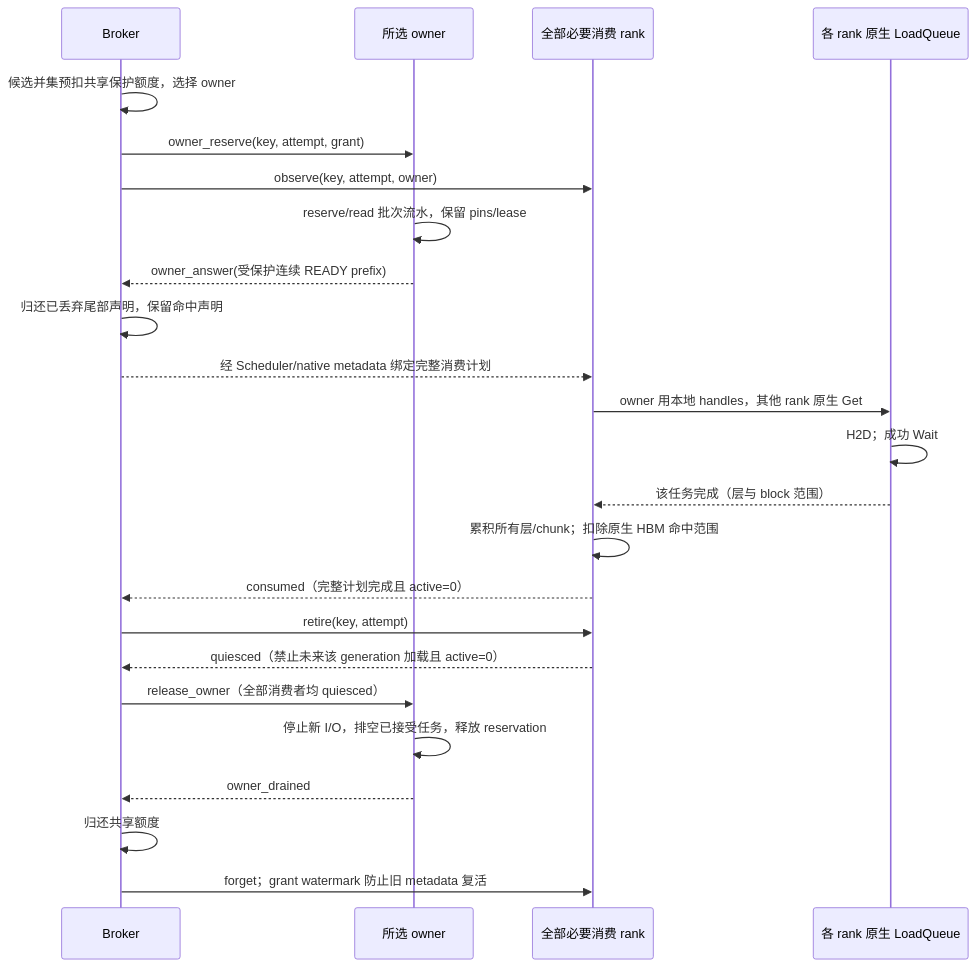
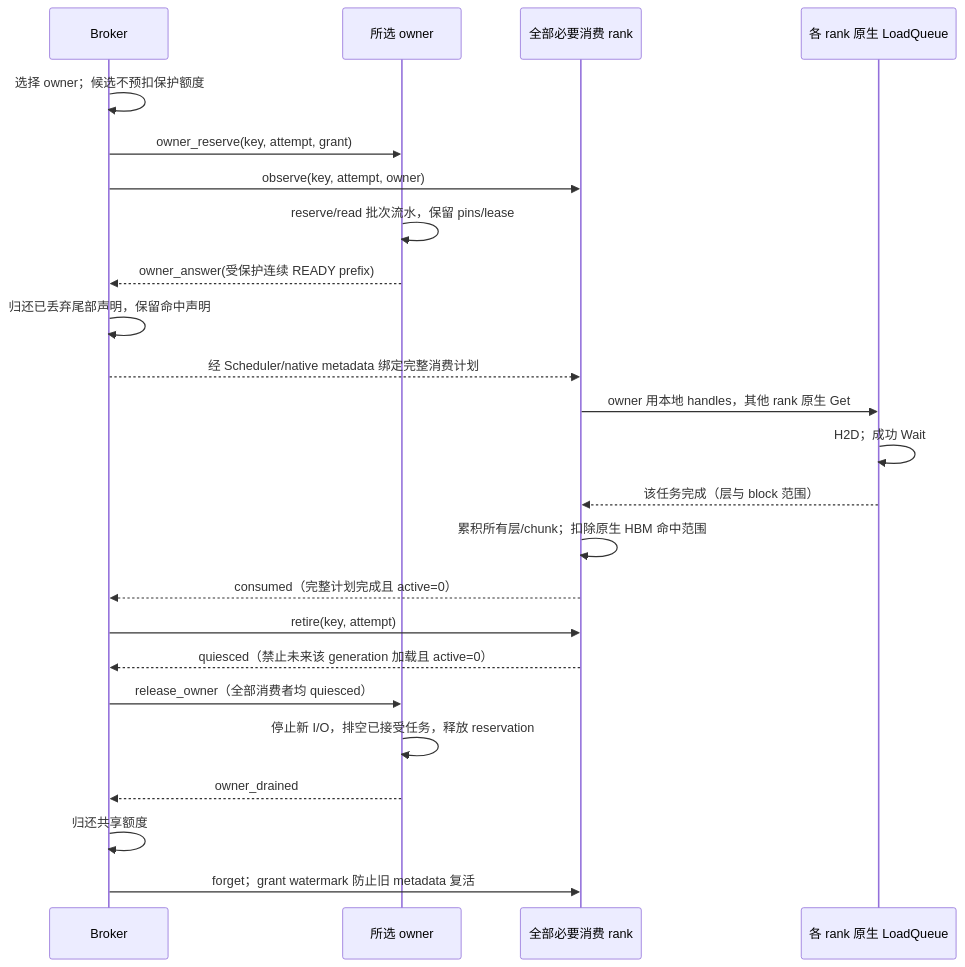
Before and after one commit to StorTecDev/ucm-prefetch: the third of 3 diagrams in docs/EARLY_PREFETCH_DESIGN.md, drawn with Mermaid. The commit also changed other lines of this file and 9 other files, not shown here.

````diff
--- a/docs/EARLY_PREFETCH_DESIGN.md
+++ b/docs/EARLY_PREFETCH_DESIGN.md
@@ -296,26 +299,26 @@
 ```mermaid
 sequenceDiagram
     participant B as Broker
     participant O as 所选 owner
     participant C as 全部必要消费 rank
     participant Q as 各 rank 原生 LoadQueue
-    B->>B: 候选并集预扣共享保护额度，选择 owner
+    B->>B: 选择 owner；候选不预扣保护额度
     B->>O: owner_reserve(key, attempt, grant)
     B->>C: observe(key, attempt, owner)
     O->>O: reserve/read 批次流水，保留 pins/lease
     O-->>B: owner_answer(受保护连续 READY prefix)
     B->>B: 归还已丢弃尾部声明，保留命中声明
     B-->>C: 经 Scheduler/native metadata 绑定完整消费计划
     C->>Q: owner 用本地 handles，其他 rank 原生 Get
     Q->>Q: H2D；成功 Wait
     Q-->>C: 该任务完成（层与 block 范围）
     C->>C: 累积所有层/chunk；扣除原生 HBM 命中范围
     C-->>B: consumed（完整计划完成且 active=0）
     B->>C: retire(key, attempt)
     C-->>B: quiesced（禁止未来该 generation 加载且 active=0）
     B->>O: release_owner（全部消费者均 quiesced）
     O->>O: 停止新 I/O，排空已接受任务，释放 reservation
     O-->>B: owner_drained
     B->>B: 归还共享额度
     B->>C: forget；grant watermark 防止旧 metadata 复活
 ```
````
